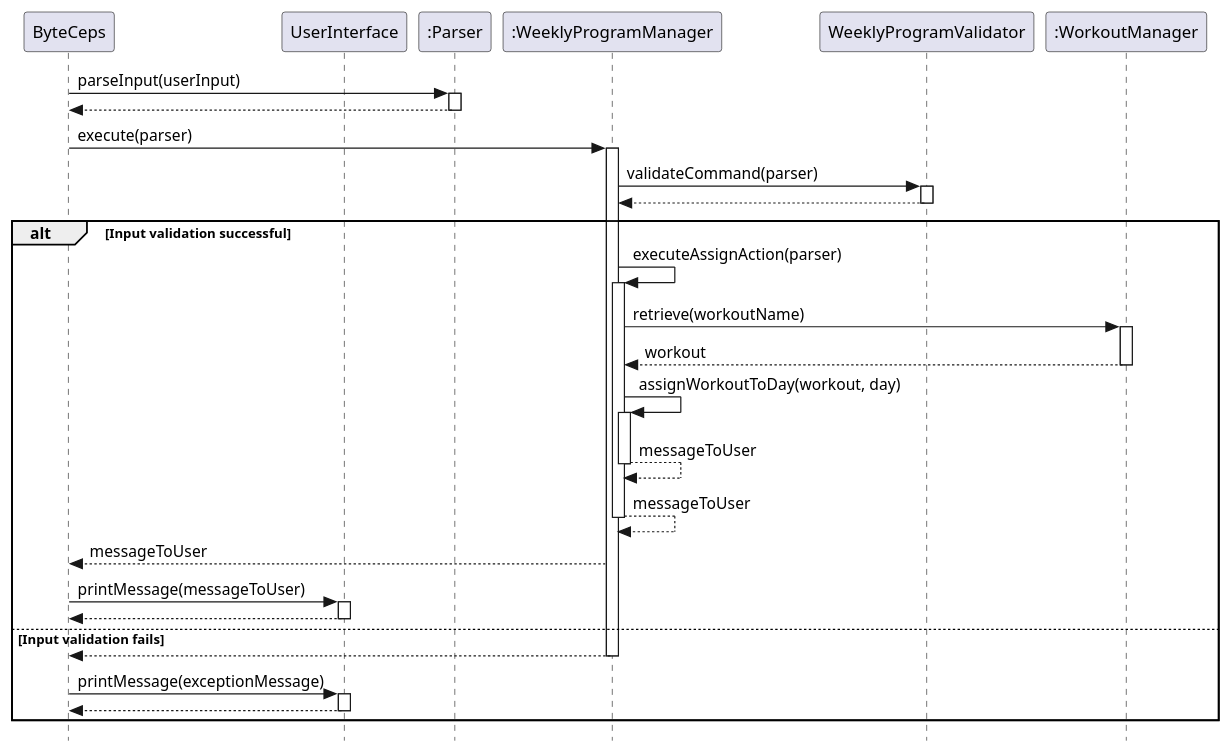
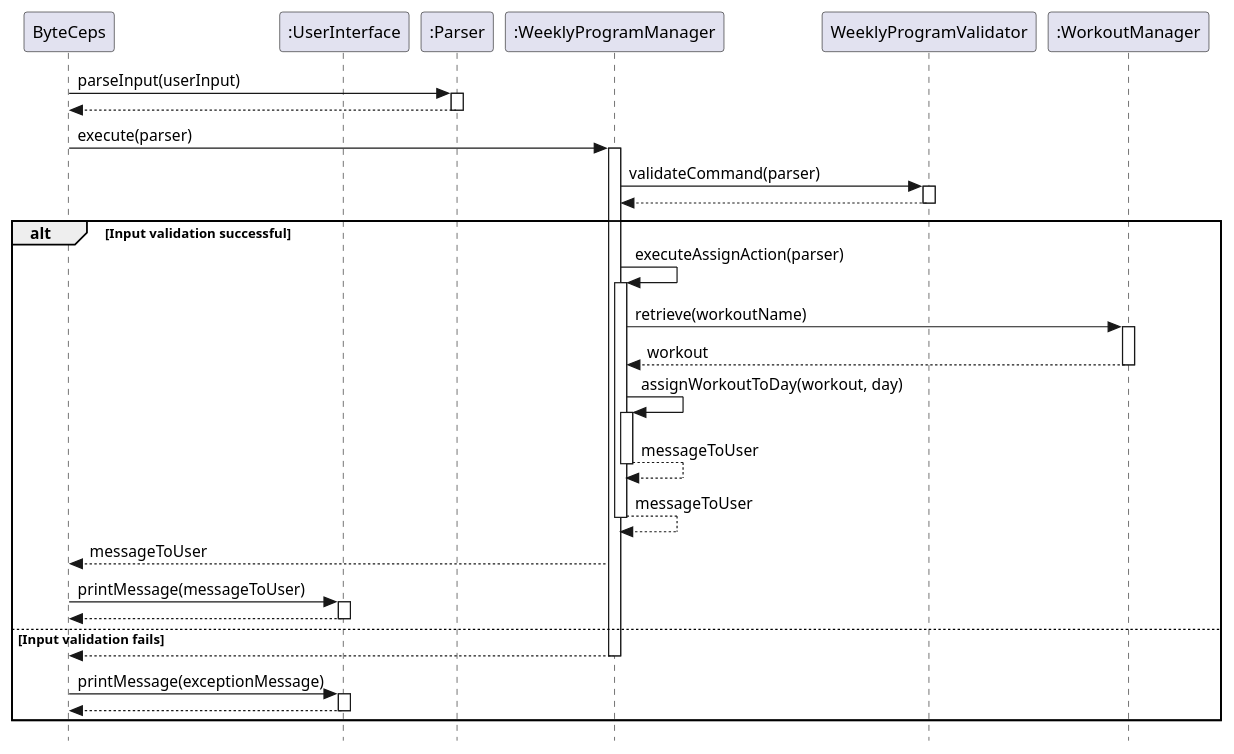
Before and after one commit to joshualeejunyi/tp: the diagram in docs/plantuml/assignWorkoutToProgram.puml, drawn with PlantUML. The commit also changed 11 other files, not shown here.

Commit message:
Update UML diagrams

```diff
--- a/docs/plantuml/assignWorkoutToProgram.puml
+++ b/docs/plantuml/assignWorkoutToProgram.puml
@@ -1,51 +1,51 @@
 @startuml SequenceDiagram
 skinparam classAttributeIconSize 0
 skinparam style strictuml
 
 participant ByteCeps
-participant UserInterface
+participant ":UserInterface" as UserInterface
 participant ":Parser"
 participant ":WeeklyProgramManager"
 participant WeeklyProgramValidator
 participant ":WorkoutManager"
 
 ByteCeps -> ":Parser": parseInput(userInput)
 activate ":Parser"
 ByteCeps <-- ":Parser":
 deactivate ":Parser"
 ByteCeps -> ":WeeklyProgramManager": execute(parser)
 activate ":WeeklyProgramManager"
 ":WeeklyProgramManager" -> WeeklyProgramValidator: validateCommand(parser)
 
 activate WeeklyProgramValidator
 ":WeeklyProgramManager" <-- WeeklyProgramValidator :
 deactivate WeeklyProgramValidator
 
 alt Input validation successful
     ":WeeklyProgramManager" -> ":WeeklyProgramManager": executeAssignAction(parser)
     activate ":WeeklyProgramManager"
     ":WeeklyProgramManager" -> ":WorkoutManager": retrieve(workoutName)
     activate ":WorkoutManager"
     ":WorkoutManager" --> ":WeeklyProgramManager": workout
     deactivate ":WorkoutManager"
     ":WeeklyProgramManager" -> ":WeeklyProgramManager" : assignWorkoutToDay(workout, day)
     activate ":WeeklyProgramManager"
     ":WeeklyProgramManager" --> ":WeeklyProgramManager" : messageToUser
     deactivate ":WeeklyProgramManager"
     ":WeeklyProgramManager" --> ":WeeklyProgramManager": messageToUser
     deactivate ":WeeklyProgramManager"
     ":WeeklyProgramManager" --> ByteCeps : messageToUser
     ByteCeps -> UserInterface: printMessage(messageToUser)
     activate UserInterface
     UserInterface --> ByteCeps :
     deactivate UserInterface
 else Input validation fails
     ":WeeklyProgramManager" --> ByteCeps:
     deactivate ":WeeklyProgramManager"
     ByteCeps -> UserInterface: printMessage(exceptionMessage)
     activate UserInterface
     UserInterface --> ByteCeps:
     deactivate UserInterface
 end
 deactivate WeeklyProgramValidator
 @enduml
```
